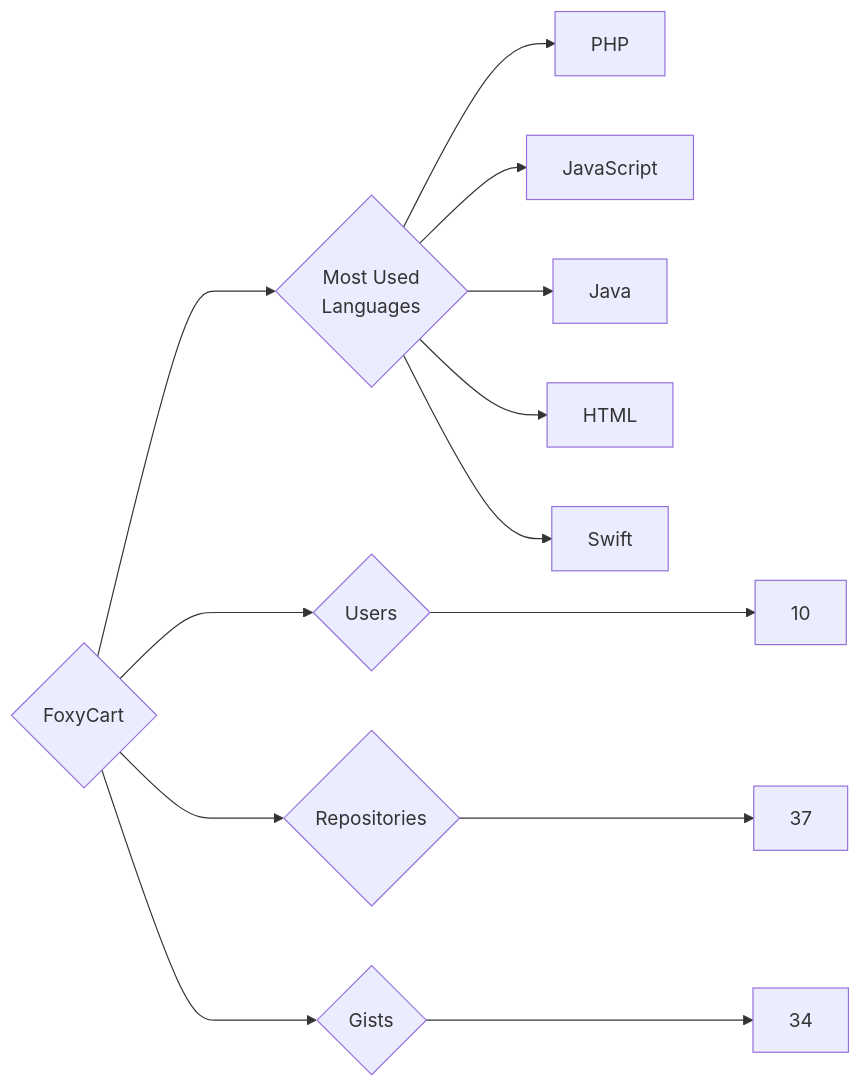
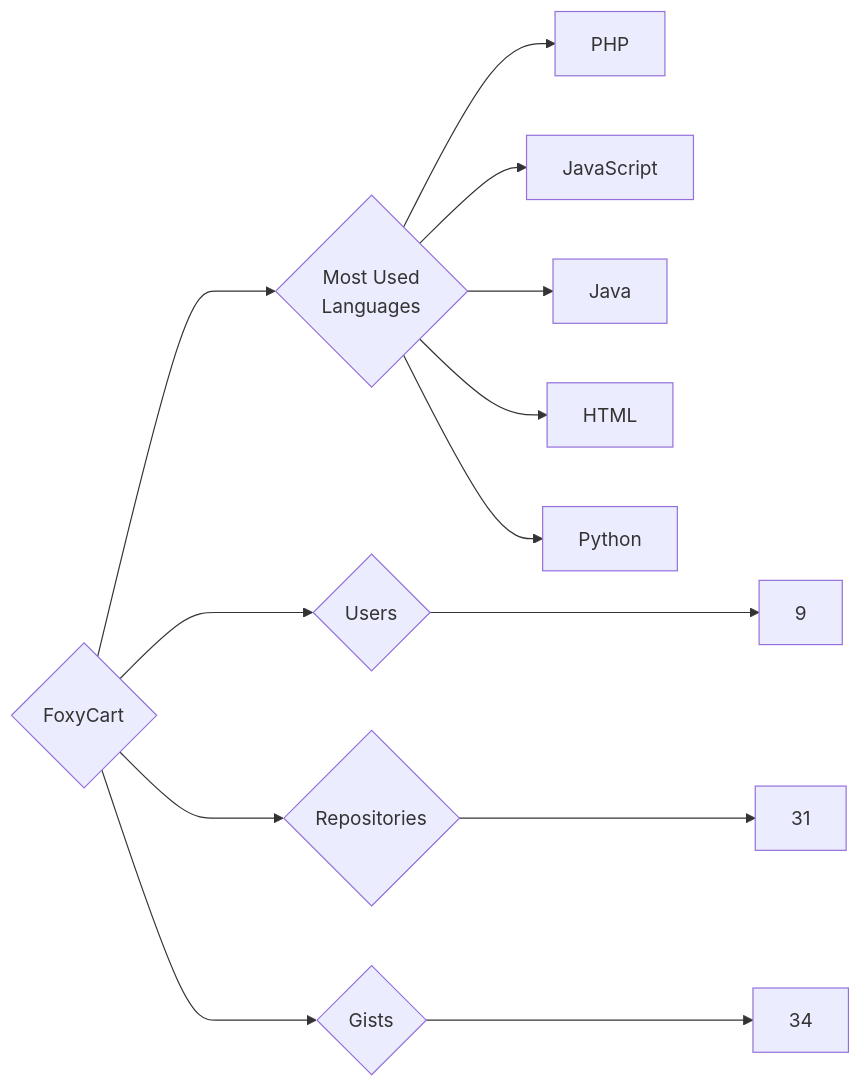
The diagram in targets/FoxyCart/README.md (trickest/insiders), drawn with Mermaid before and after one commit. The commit also changed 1238 other files, not shown here.

````diff
--- a/targets/FoxyCart/README.md
+++ b/targets/FoxyCart/README.md
@@ -3,13 +3,13 @@
 ```mermaid
 graph LR
 COMPANY_NAME{FoxyCart}
-COMPANY_NAME ---> U{Users} ---> UN[10]
-COMPANY_NAME ---> R{Repositories} ---> RN[37]
+COMPANY_NAME ---> U{Users} ---> UN[9]
+COMPANY_NAME ---> R{Repositories} ---> RN[31]
 COMPANY_NAME ---> G{Gists} ---> GN[34]
 COMPANY_NAME ---> ML{Most Used<br>Languages}
 ML --> PHP[PHP]
 ML --> JavaScript[JavaScript]
 ML --> Java[Java]
 ML --> HTML[HTML]
-ML --> Swift[Swift]
+ML --> Python[Python]
 ```
````
